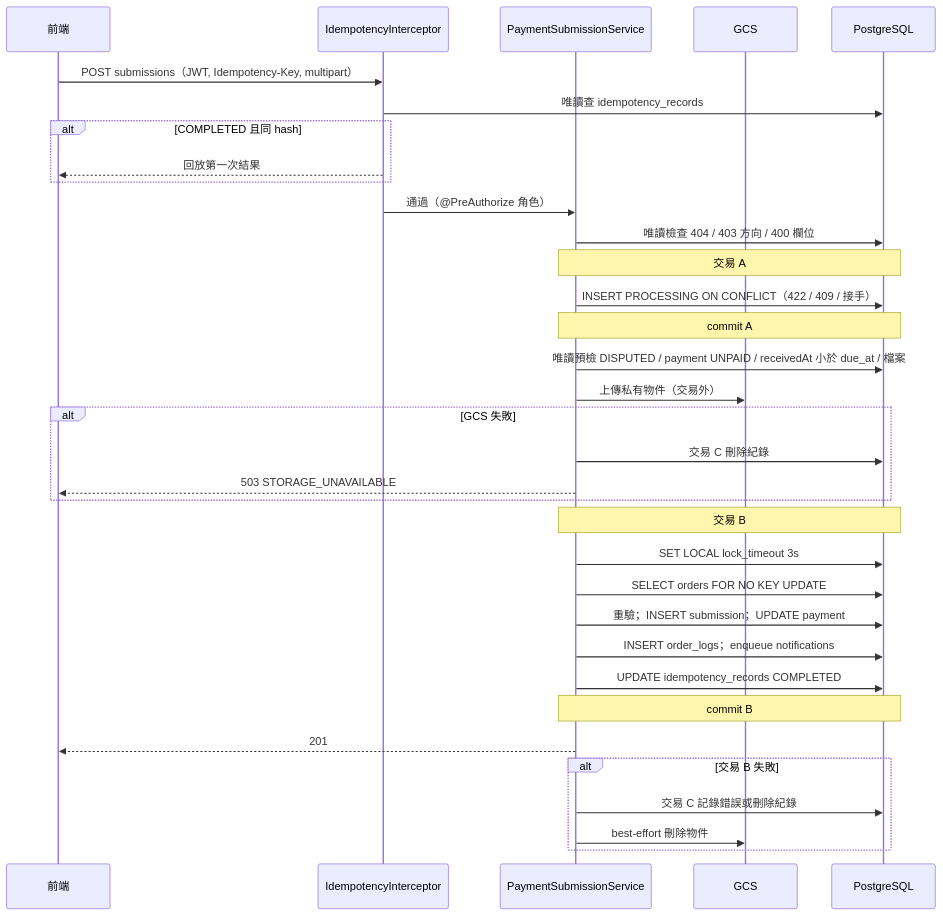
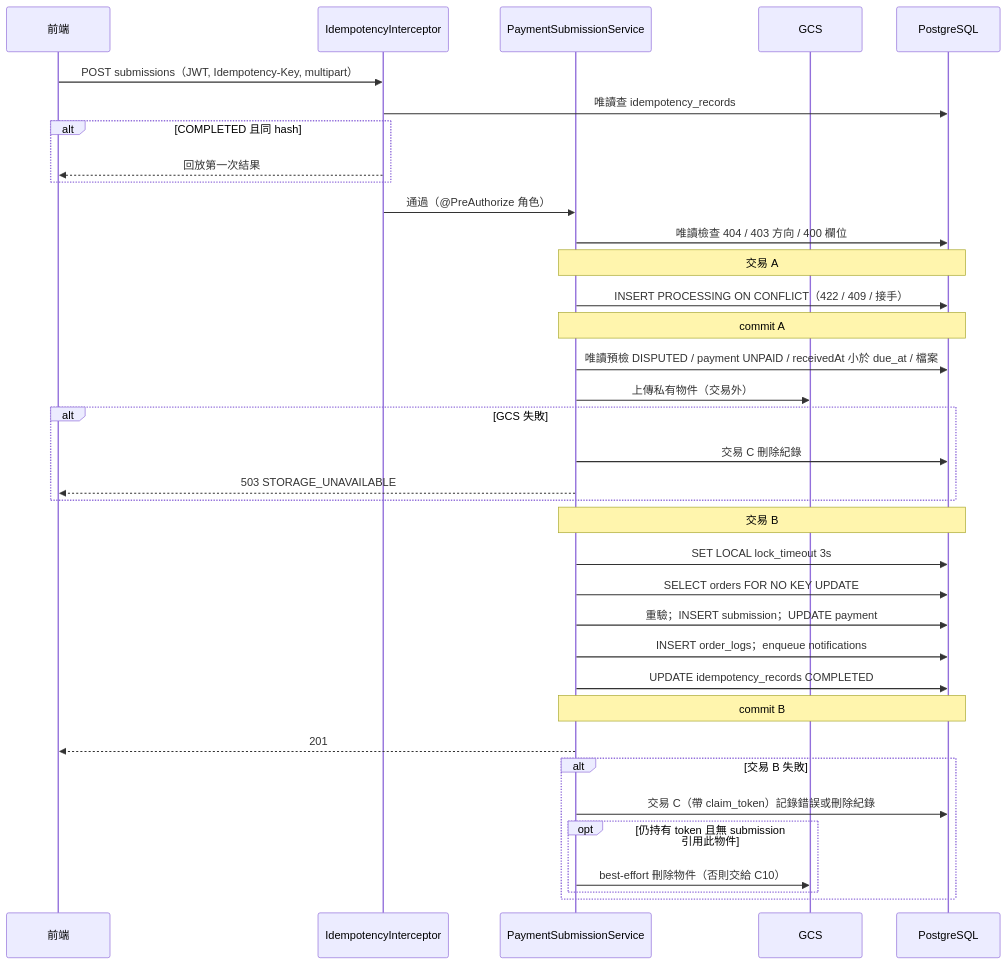
Before and after one commit to willchiangch/cat-sitter-project: the fifth of 11 diagrams in docs/sd/SD-ORDER.md, drawn with Mermaid. The commit also changed other lines of this file and 7 other files, not shown here.

````diff
--- a/docs/sd/SD-ORDER.md
+++ b/docs/sd/SD-ORDER.md
@@ -585,36 +599,38 @@
 ```mermaid
 sequenceDiagram
     participant FE as 前端
     participant INT as IdempotencyInterceptor
     participant SVC as PaymentSubmissionService
     participant GCS as GCS
     participant DB as PostgreSQL
     FE->>INT: POST submissions（JWT, Idempotency-Key, multipart）
     INT->>DB: 唯讀查 idempotency_records
     alt COMPLETED 且同 hash
         INT-->>FE: 回放第一次結果
     end
     INT->>SVC: 通過（@PreAuthorize 角色）
     SVC->>DB: 唯讀檢查 404 / 403 方向 / 400 欄位
     Note over SVC,DB: 交易 A
     SVC->>DB: INSERT PROCESSING ON CONFLICT（422 / 409 / 接手）
     Note over SVC,DB: commit A
     SVC->>DB: 唯讀預檢 DISPUTED / payment UNPAID / receivedAt 小於 due_at / 檔案
     SVC->>GCS: 上傳私有物件（交易外）
     alt GCS 失敗
         SVC->>DB: 交易 C 刪除紀錄
         SVC-->>FE: 503 STORAGE_UNAVAILABLE
     end
     Note over SVC,DB: 交易 B
     SVC->>DB: SET LOCAL lock_timeout 3s
     SVC->>DB: SELECT orders FOR NO KEY UPDATE
     SVC->>DB: 重驗；INSERT submission；UPDATE payment
     SVC->>DB: INSERT order_logs；enqueue notifications
     SVC->>DB: UPDATE idempotency_records COMPLETED
     Note over SVC,DB: commit B
     SVC-->>FE: 201
     alt 交易 B 失敗
-        SVC->>DB: 交易 C 記錄錯誤或刪除紀錄
-        SVC->>GCS: best-effort 刪除物件
+        SVC->>DB: 交易 C（帶 claim_token）記錄錯誤或刪除紀錄
+        opt 仍持有 token 且無 submission 引用此物件
+            SVC->>GCS: best-effort 刪除物件（否則交給 C10）
+        end
     end
 ```
````
